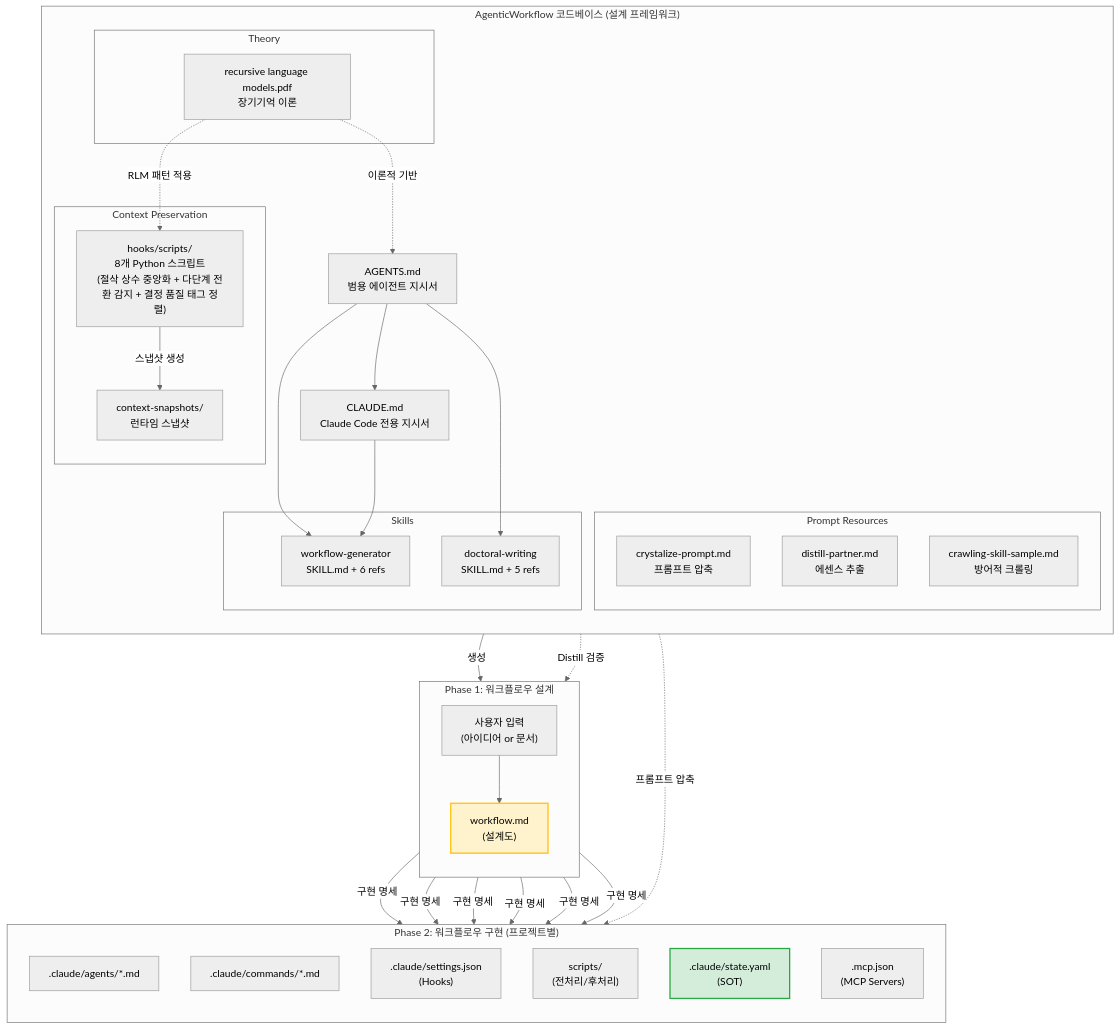
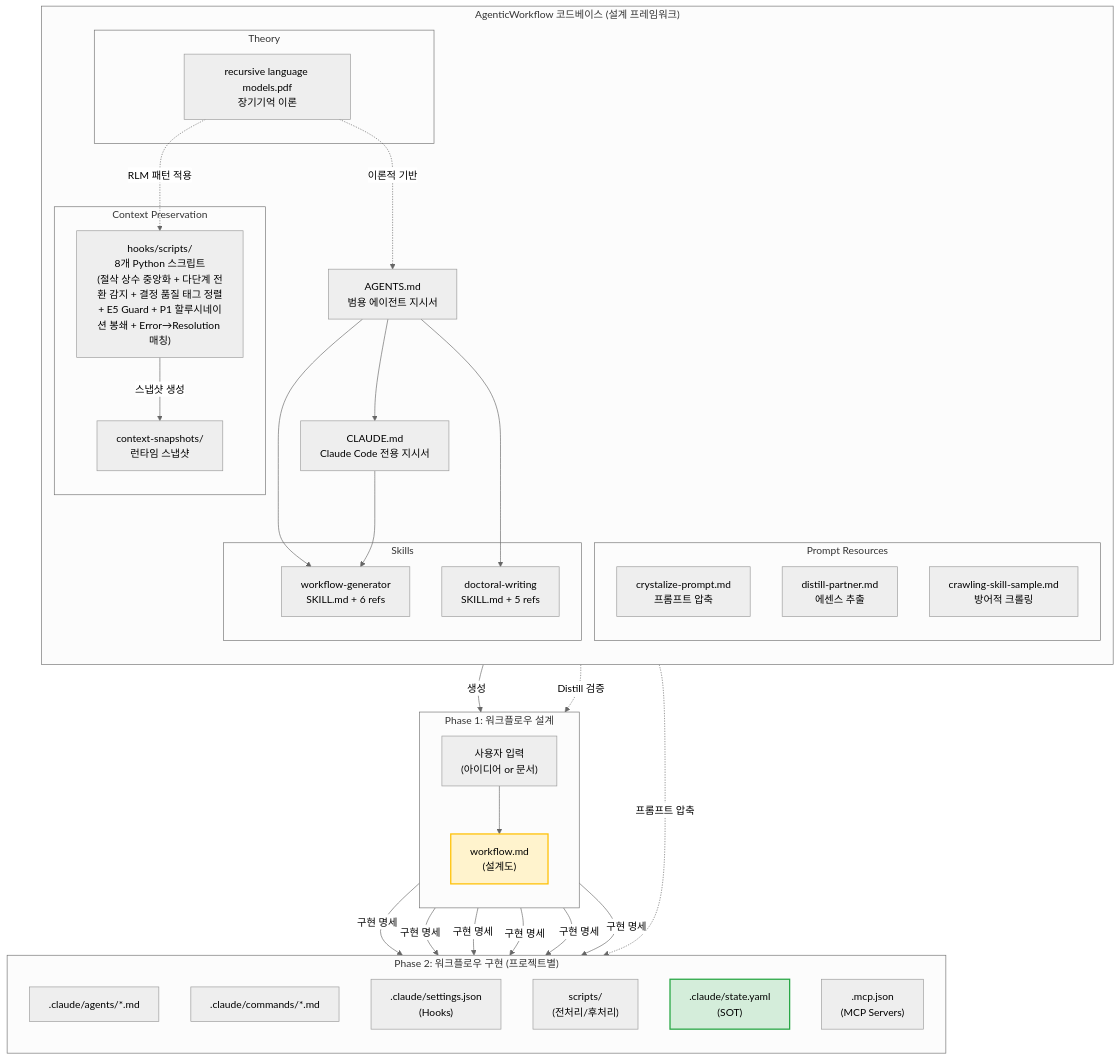
The second of 13 diagrams in AGENTICWORKFLOW-ARCHITECTURE-AND-PHILOSOPHY.md (oogisoogi/AgenticWorkflow), drawn with Mermaid (neutral theme) before and after one commit. The commit also changed other lines of this file and 12 other files, not shown here.

First line of the commit message:
feat: P1 할루시네이션 봉쇄 + E5 Guard 중앙화 + 전체 문서 동기화

````diff
--- a/AGENTICWORKFLOW-ARCHITECTURE-AND-PHILOSOPHY.md
+++ b/AGENTICWORKFLOW-ARCHITECTURE-AND-PHILOSOPHY.md
@@ -190,66 +190,66 @@
 ```mermaid
 graph TB
     subgraph "AgenticWorkflow 코드베이스 (설계 프레임워크)"
         direction TB
         CLAUDE["CLAUDE.md<br/>Claude Code 전용 지시서"]
         AGENTS["AGENTS.md<br/>범용 에이전트 지시서"]
 
         subgraph "Skills"
             WG["workflow-generator<br/>SKILL.md + 6 refs"]
             DW["doctoral-writing<br/>SKILL.md + 5 refs"]
         end
 
         subgraph "Context Preservation"
-            CPS["hooks/scripts/<br/>8개 Python 스크립트<br/>(절삭 상수 중앙화 + 다단계 전환 감지 + 결정 품질 태그 정렬)"]
+            CPS["hooks/scripts/<br/>8개 Python 스크립트<br/>(절삭 상수 중앙화 + 다단계 전환 감지 + 결정 품질 태그 정렬<br/>+ E5 Guard + P1 할루시네이션 봉쇄 + Error→Resolution 매칭)"]
             CSS["context-snapshots/<br/>런타임 스냅샷"]
         end
 
         subgraph "Prompt Resources"
             CP["crystalize-prompt.md<br/>프롬프트 압축"]
             DP["distill-partner.md<br/>에센스 추출"]
             CS["crawling-skill-sample.md<br/>방어적 크롤링"]
         end
 
         subgraph "Theory"
             RLM["recursive language models.pdf<br/>장기기억 이론"]
         end
 
         AGENTS --> CLAUDE
         AGENTS --> WG
         AGENTS --> DW
         CLAUDE --> WG
         RLM -.->|"이론적 기반"| AGENTS
         RLM -.->|"RLM 패턴 적용"| CPS
         CPS -->|"스냅샷 생성"| CSS
     end
 
     subgraph "Phase 1: 워크플로우 설계"
         direction TB
         USER_INPUT["사용자 입력<br/>(아이디어 or 문서)"]
         WF["workflow.md<br/>(설계도)"]
         USER_INPUT --> WF
     end
 
     subgraph "Phase 2: 워크플로우 구현 (프로젝트별)"
         direction TB
         AG[".claude/agents/*.md"]
         CMD[".claude/commands/*.md"]
         HK[".claude/settings.json<br/>(Hooks)"]
         SC["scripts/<br/>(전처리/후처리)"]
         SOT[".claude/state.yaml<br/>(SOT)"]
         MCP[".mcp.json<br/>(MCP Servers)"]
     end
 
     WG -->|"생성"| WF
     DP -.->|"Distill 검증"| WF
     CP -.->|"프롬프트 압축"| AG
     WF -->|"구현 명세"| AG
     WF -->|"구현 명세"| CMD
     WF -->|"구현 명세"| HK
     WF -->|"구현 명세"| SC
     WF -->|"구현 명세"| SOT
     WF -->|"구현 명세"| MCP
 
     style WF fill:#fff3cd,stroke:#ffc107,stroke-width:2px
     style SOT fill:#d4edda,stroke:#28a745,stroke-width:2px
 ```
````
